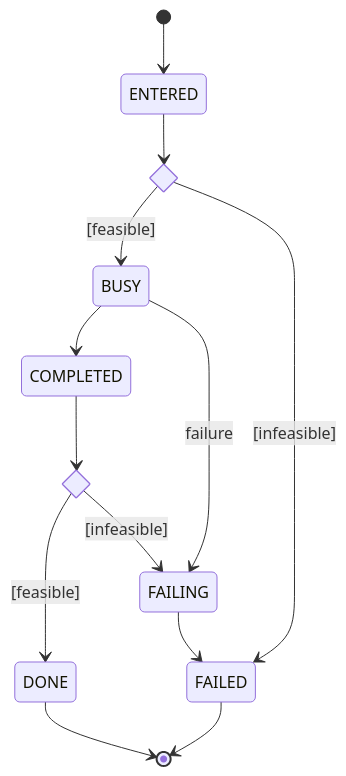
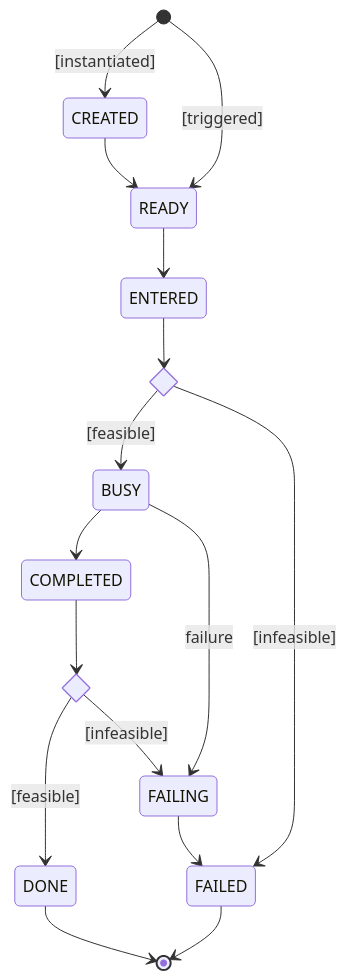
One commit to bpmn-os/bpmnos-engine changed the diagram in docs/md/logic/token_flow_logic_processes.md. Above: the diagram before and after it, drawn with Mermaid. The commit also changed other lines of this file and 19 other files, not shown here.

```diff
--- a/docs/md/logic/token_flow_logic_processes.md
+++ b/docs/md/logic/token_flow_logic_processes.md
@@ -12,17 +12,20 @@
 <pre class="mermaid">
 stateDiagram-v2
     state feasibleEntry <<choice>>
     state feasibleExit <<choice>>
-    [*] --> ENTERED
+    [*] --> CREATED: [instantiated]
+    [*] --> READY: [triggered]
+    CREATED --> READY
+    READY --> ENTERED
     ENTERED --> feasibleEntry
     feasibleEntry --> BUSY: [feasible]
     feasibleEntry --> FAILED: [infeasible]
     BUSY --> COMPLETED
     BUSY --> FAILING: failure
     COMPLETED --> feasibleExit
     feasibleExit --> DONE: [feasible]
     feasibleExit --> FAILING: [infeasible]
     DONE --> [*]
     FAILING --> FAILED
     FAILED --> [*]
 </pre>
```
